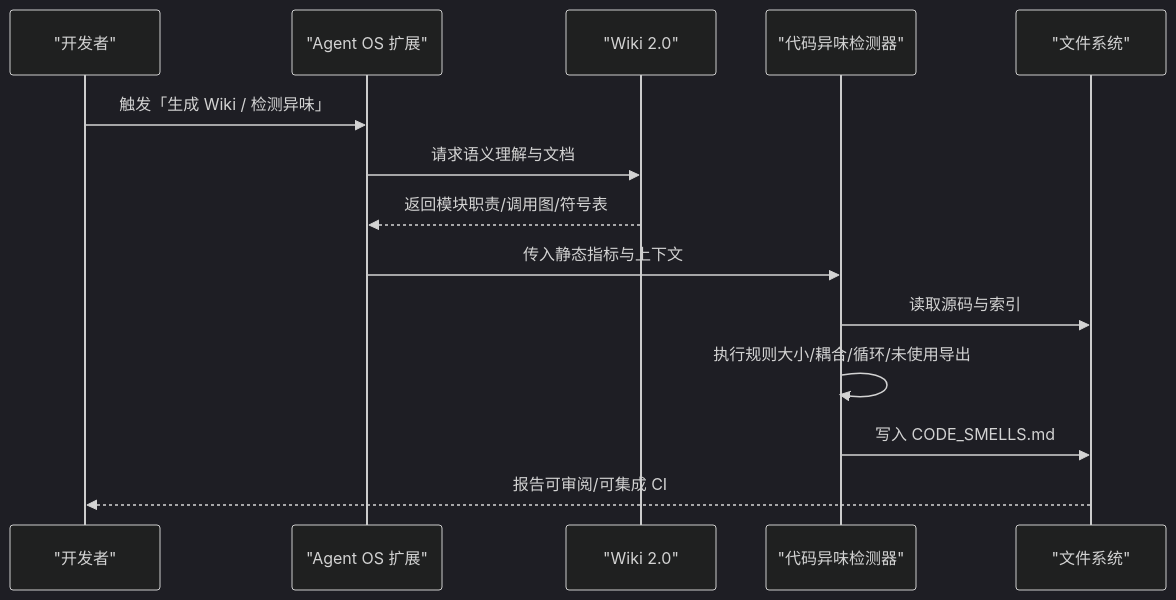
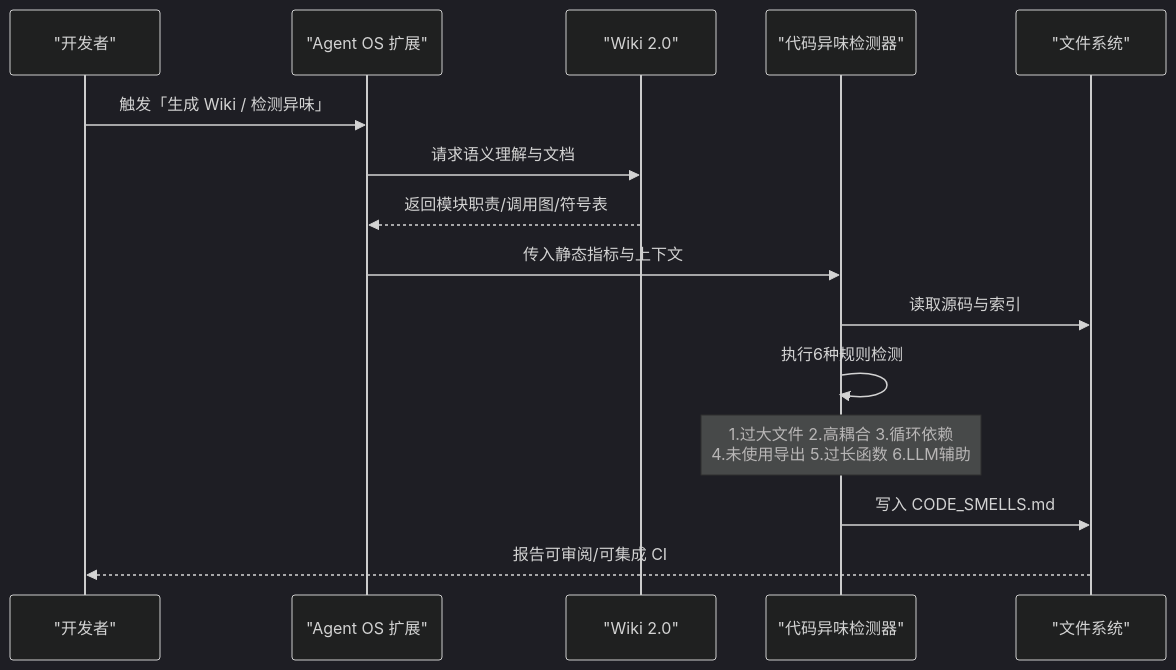
One commit to sofate798/KodrixCode changed the second of 4 diagrams in .qoder/repowiki/zh/content/架构设计/代码库智能架构/代码异味检测器.md. Above: the diagram before and after it, drawn with Mermaid (dark theme). The commit also changed other lines of this file and 46 other files, not shown here.

````diff
--- a/.qoder/repowiki/zh/content/架构设计/代码库智能架构/代码异味检测器.md
+++ b/.qoder/repowiki/zh/content/架构设计/代码库智能架构/代码异味检测器.md
@@ -81,16 +95,17 @@
 ```mermaid
 sequenceDiagram
 participant Dev as "开发者"
 participant Agent as "Agent OS 扩展"
 participant Wiki as "Wiki 2.0"
 participant Detector as "代码异味检测器"
 participant FS as "文件系统"
 Dev->>Agent : 触发「生成 Wiki / 检测异味」
 Agent->>Wiki : 请求语义理解与文档
 Wiki-->>Agent : 返回模块职责/调用图/符号表
 Agent->>Detector : 传入静态指标与上下文
 Detector->>FS : 读取源码与索引
-Detector->>Detector : 执行规则大小/耦合/循环/未使用导出
+Detector->>Detector : 执行6种规则检测
+Note over Detector : 1.过大文件 2.高耦合 3.循环依赖<br/>4.未使用导出 5.过长函数 6.LLM辅助
 Detector->>FS : 写入 CODE_SMELLS.md
 FS-->>Dev : 报告可审阅/可集成 CI
 ```
````
